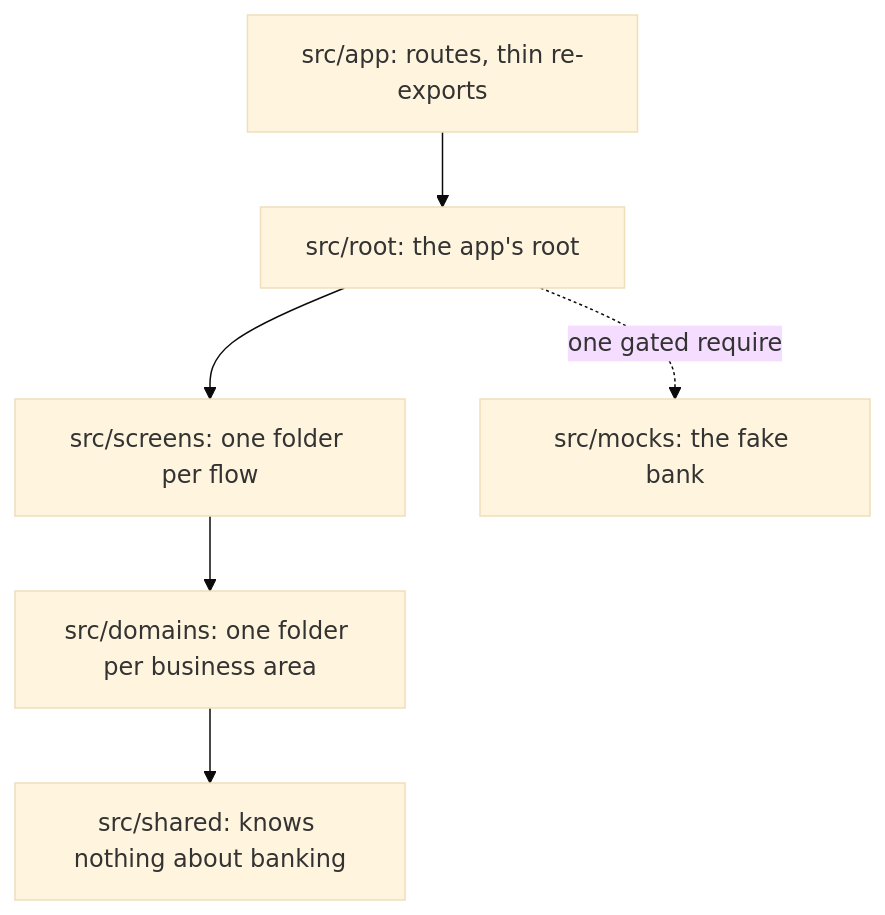
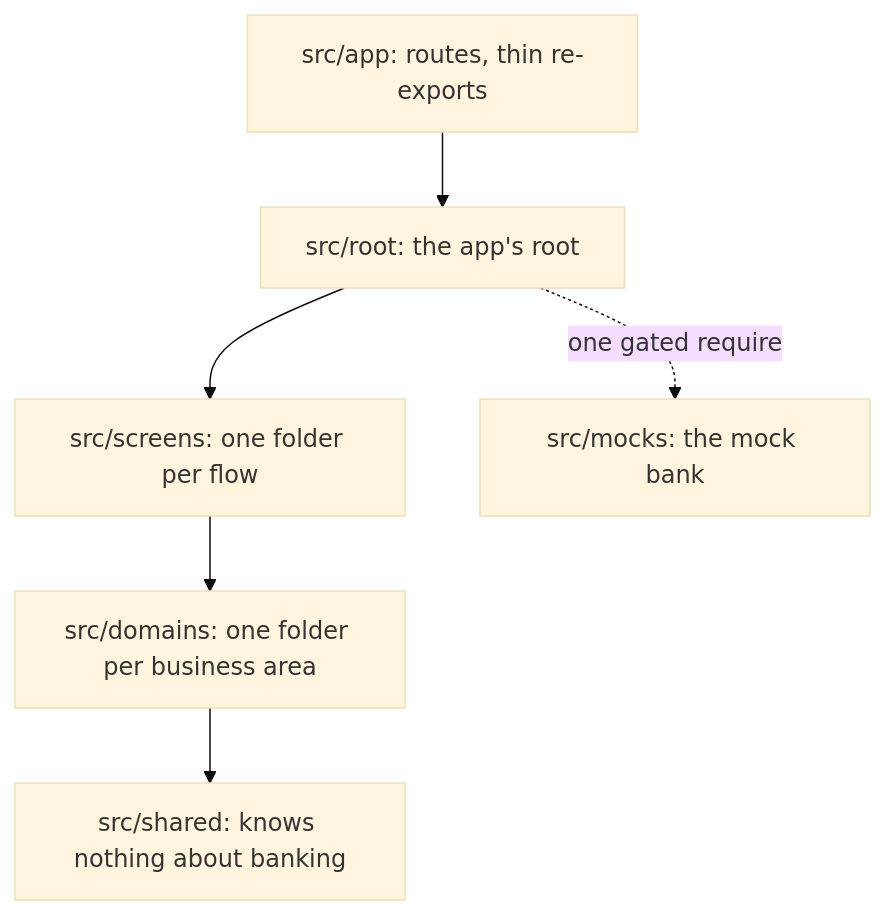
The second of 2 diagrams in docs/write-up.md (chiewwengkeat/ryt-transfer), drawn with Mermaid (base theme) before and after one commit. The commit also changed other lines of this file and 5 other files, not shown here.

First line of the commit message:
docs(wording): name the mock bank one way and say which placement rule wins at the root

````diff
--- a/docs/write-up.md
+++ b/docs/write-up.md
@@ -58,8 +58,8 @@
 ```mermaid
 flowchart TD
     app["src/app: routes, thin re-exports"] --> root["src/root: the app's root"]
     root --> screens["src/screens: one folder per flow"]
     screens --> domains["src/domains: one folder per business area"]
     domains --> shared["src/shared: knows nothing about banking"]
-    root -.->|one gated require| mocks["src/mocks: the fake bank"]
+    root -.->|one gated require| mocks["src/mocks: the mock bank"]
 ```
````
